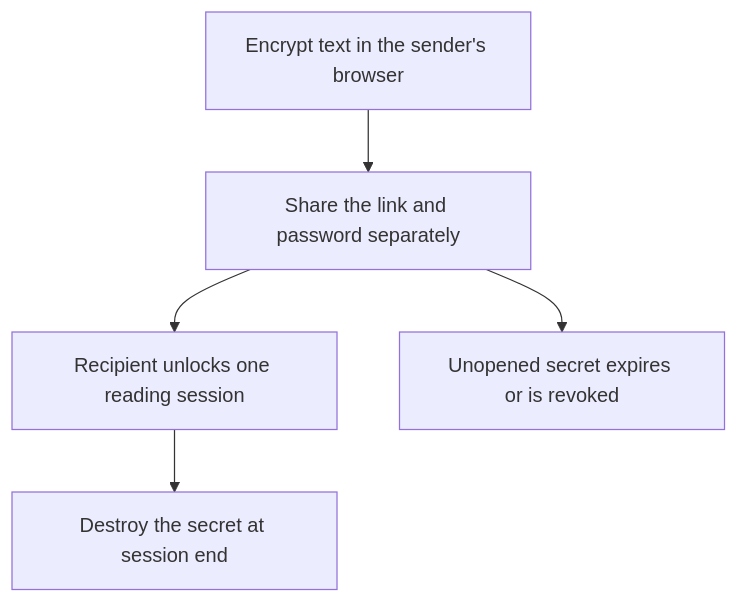
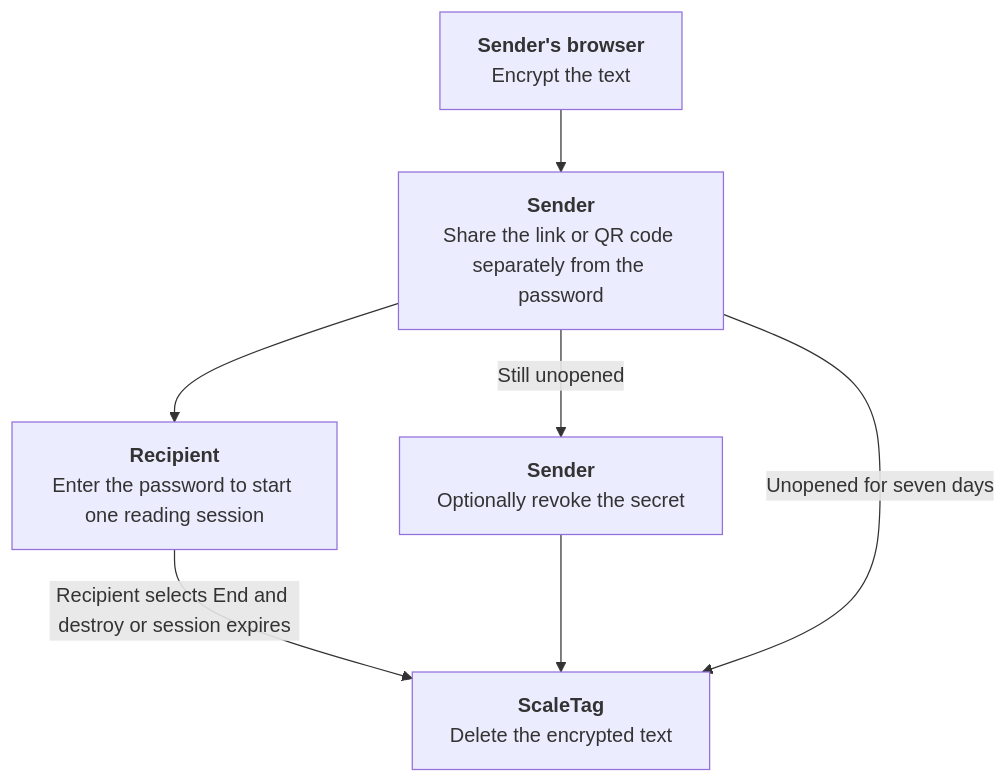
One commit to ChrisXHLeung/ScaleTag changed the fourth of 11 diagrams in README.md. Above: the diagram before and after it, drawn with Mermaid. The commit also changed other lines of this file and 4 other files, not shown here.

Commit message:
Identify actors in ScaleTag feature workflows

````diff
--- a/README.md
+++ b/README.md
@@ -56,7 +60,9 @@
 ```mermaid
 flowchart TD
-    A["Encrypt text in the sender's browser"] --> B["Share the link and password separately"]
-    B --> C["Recipient unlocks one reading session"]
-    C --> D["Destroy the secret at session end"]
-    B --> E["Unopened secret expires or is revoked"]
+    A["<b>Sender's browser</b><br/>Encrypt the text"] --> B["<b>Sender</b><br/>Share the link or QR code separately from the password"]
+    B --> C["<b>Recipient</b><br/>Enter the password to start one reading session"]
+    C -->|"Recipient selects End and destroy or session expires"| D["<b>ScaleTag</b><br/>Delete the encrypted text"]
+    B -->|"Still unopened"| E["<b>Sender</b><br/>Optionally revoke the secret"]
+    E --> D
+    B -->|"Unopened for seven days"| D
 ```
````
